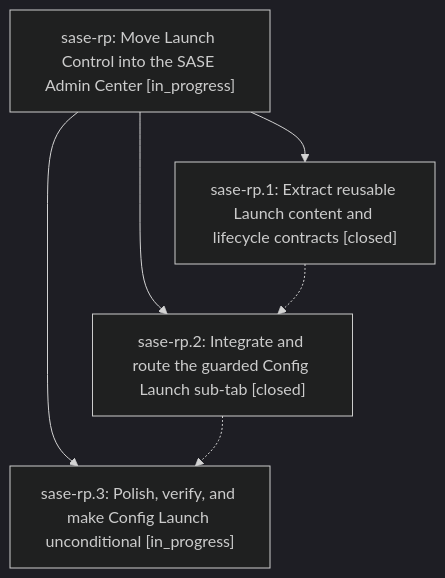
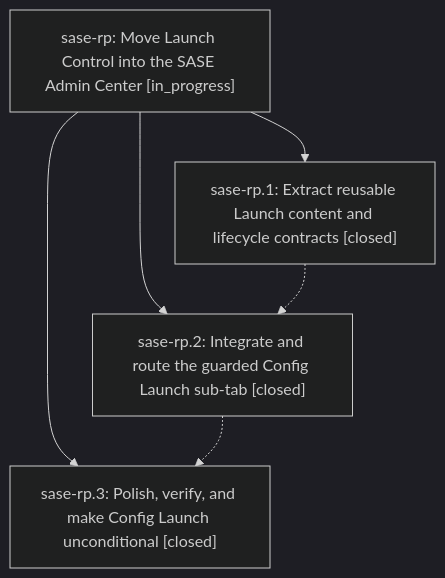
Before and after one commit to sase-org/sase--beads: the diagram in pages/sase-rp/README.md, drawn with Mermaid (dark theme). The commit also changed other lines of this file and 2 other files, not shown here.

First line of the commit message:
chore(beads): sync bead state and pages for sase-rp

````diff
--- a/pages/sase-rp/README.md
+++ b/pages/sase-rp/README.md
@@ -24,12 +24,12 @@
 ```mermaid
 flowchart TD
     n0["sase-rp: Move Launch Control into the SASE Admin Center [in_progress]"]
     n1["sase-rp.1: Extract reusable Launch content and lifecycle contracts [closed]"]
     n2["sase-rp.2: Integrate and route the guarded Config Launch sub-tab [closed]"]
-    n3["sase-rp.3: Polish, verify, and make Config Launch unconditional [in_progress]"]
+    n3["sase-rp.3: Polish, verify, and make Config Launch unconditional [closed]"]
     n0 --> n1
     n0 --> n2
     n0 --> n3
     n1 -.-> n2
     n2 -.-> n3
 ```
````
